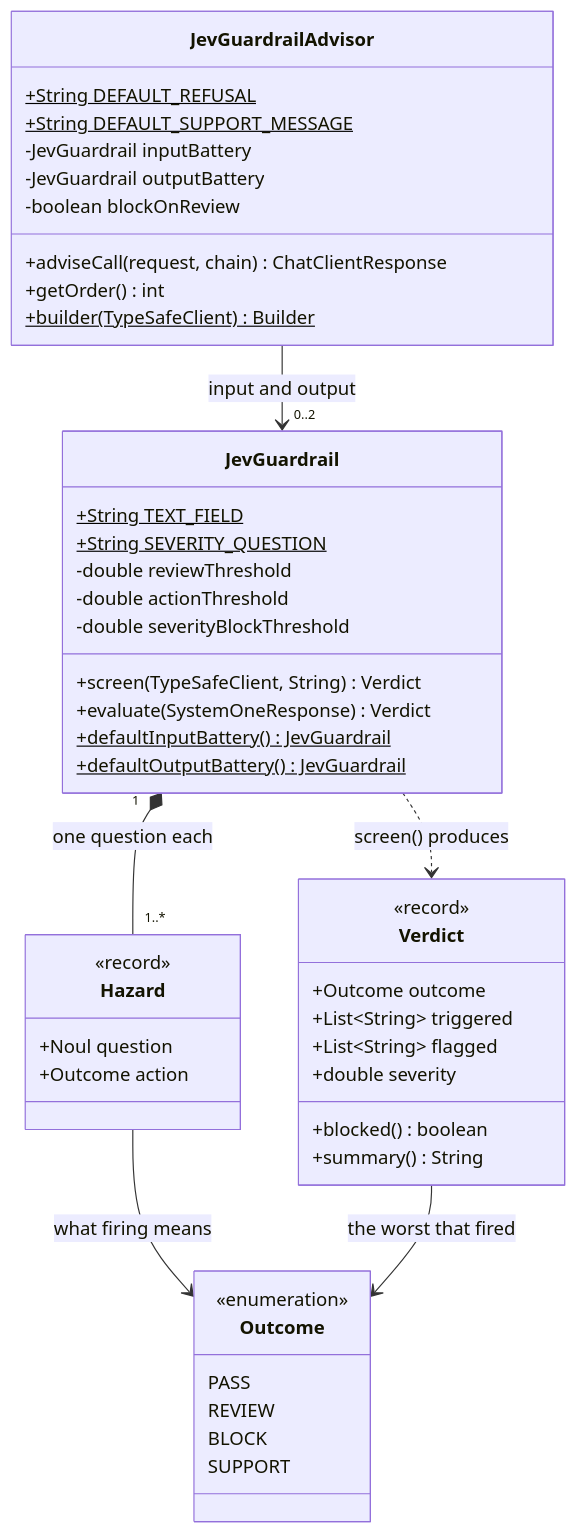
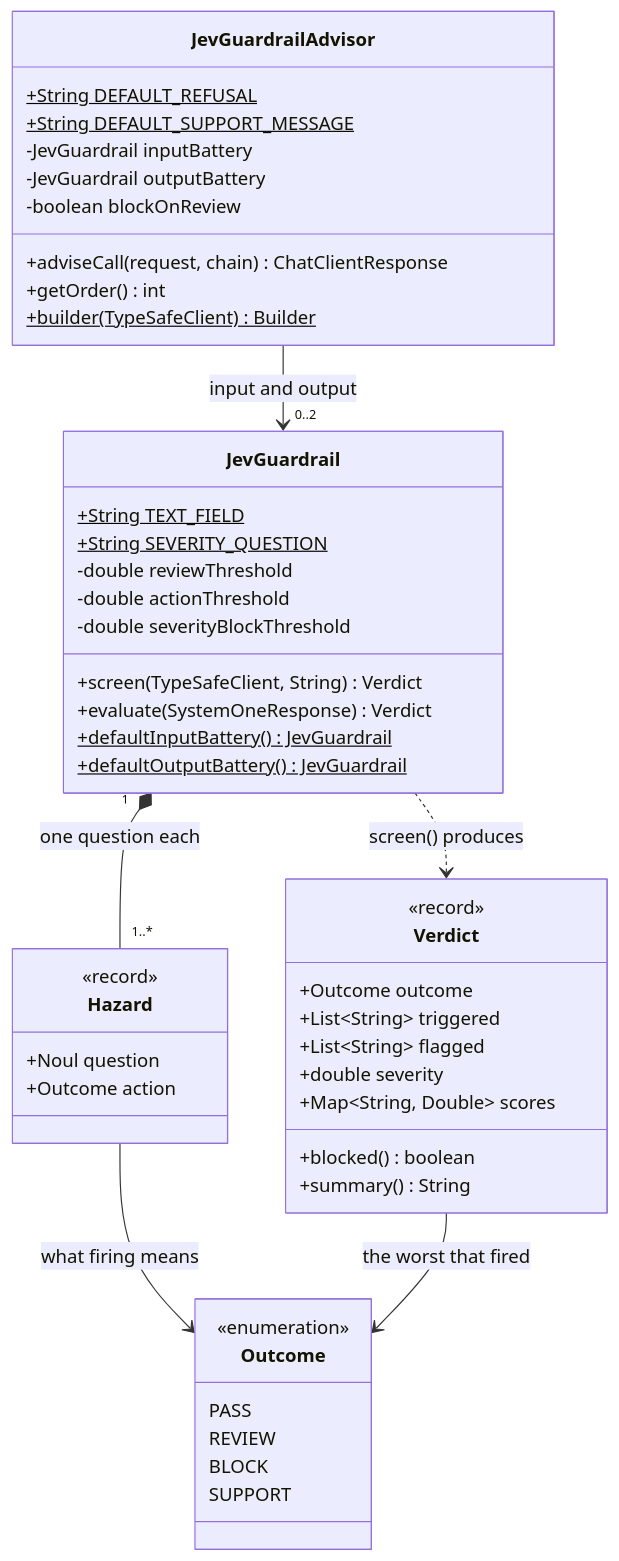
Before and after one commit to spring-ai-community/spring-ai-typesafe: the second of 2 diagrams in docs/guardrails/JevGuardrailAdvisor.md, drawn with Mermaid. The commit also changed 13 other files, not shown here.

````diff
--- a/docs/guardrails/JevGuardrailAdvisor.md
+++ b/docs/guardrails/JevGuardrailAdvisor.md
@@ -99,57 +99,58 @@
 ```mermaid
 classDiagram
     direction TB
 
     class JevGuardrailAdvisor {
         +String DEFAULT_REFUSAL$
         +String DEFAULT_SUPPORT_MESSAGE$
         -JevGuardrail inputBattery
         -JevGuardrail outputBattery
         -boolean blockOnReview
         +adviseCall(request, chain) ChatClientResponse
         +getOrder() int
         +builder(TypeSafeClient)$ Builder
     }
 
     class JevGuardrail {
         +String TEXT_FIELD$
         +String SEVERITY_QUESTION$
         -double reviewThreshold
         -double actionThreshold
         -double severityBlockThreshold
         +screen(TypeSafeClient, String) Verdict
         +evaluate(SystemOneResponse) Verdict
         +defaultInputBattery()$ JevGuardrail
         +defaultOutputBattery()$ JevGuardrail
     }
 
     class Hazard {
         <<record>>
         +Noul question
         +Outcome action
     }
 
     class Verdict {
         <<record>>
         +Outcome outcome
         +List~String~ triggered
         +List~String~ flagged
         +double severity
+        +Map~String, Double~ scores
         +blocked() boolean
         +summary() String
     }
 
     class Outcome {
         <<enumeration>>
         PASS
         REVIEW
         BLOCK
         SUPPORT
     }
 
     JevGuardrailAdvisor --> "0..2" JevGuardrail : input and output
     JevGuardrail "1" *-- "1..*" Hazard : one question each
     JevGuardrail ..> Verdict : screen() produces
     Hazard --> Outcome : what firing means
     Verdict --> Outcome : the worst that fired
 ```
````
